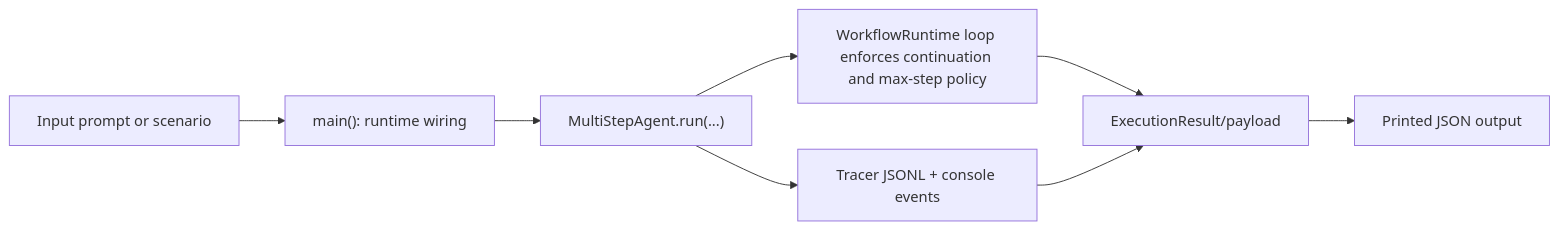
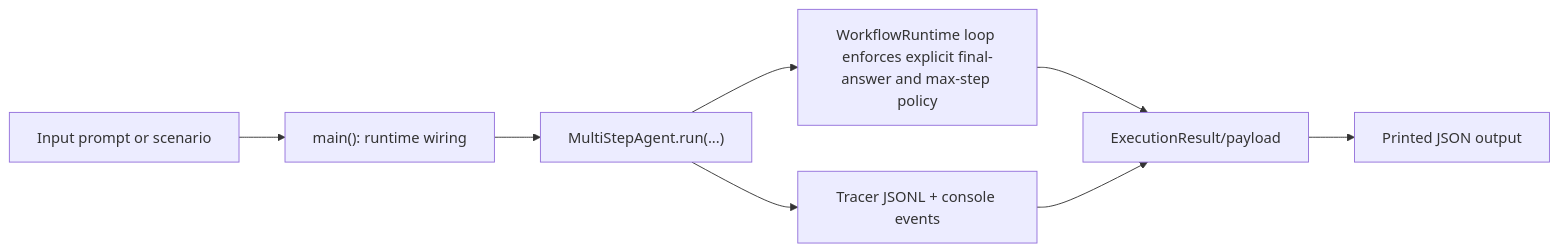
The diagram in docs/examples/agents/multi_step_code_tool_calling_agent.rst (cmudrc/design-research-agents), drawn with Mermaid before and after one commit. The commit also changed 38 other files, not shown here.

Commit message:
Improve structured generation flow

```diff
--- a/docs/examples/agents/multi_step_code_tool_calling_agent.rst
+++ b/docs/examples/agents/multi_step_code_tool_calling_agent.rst
@@ -21,10 +21,10 @@
 .. mermaid::
 
    flowchart LR
        A["Input prompt or scenario"] --> B["main(): runtime wiring"]
        B --> C["MultiStepAgent.run(...)"]
-       C --> D["WorkflowRuntime loop enforces continuation and max-step policy"]
+       C --> D["WorkflowRuntime loop enforces explicit final-answer and max-step policy"]
        C --> E["Tracer JSONL + console events"]
        D --> F["ExecutionResult/payload"]
        E --> F
        F --> G["Printed JSON output"]
```
